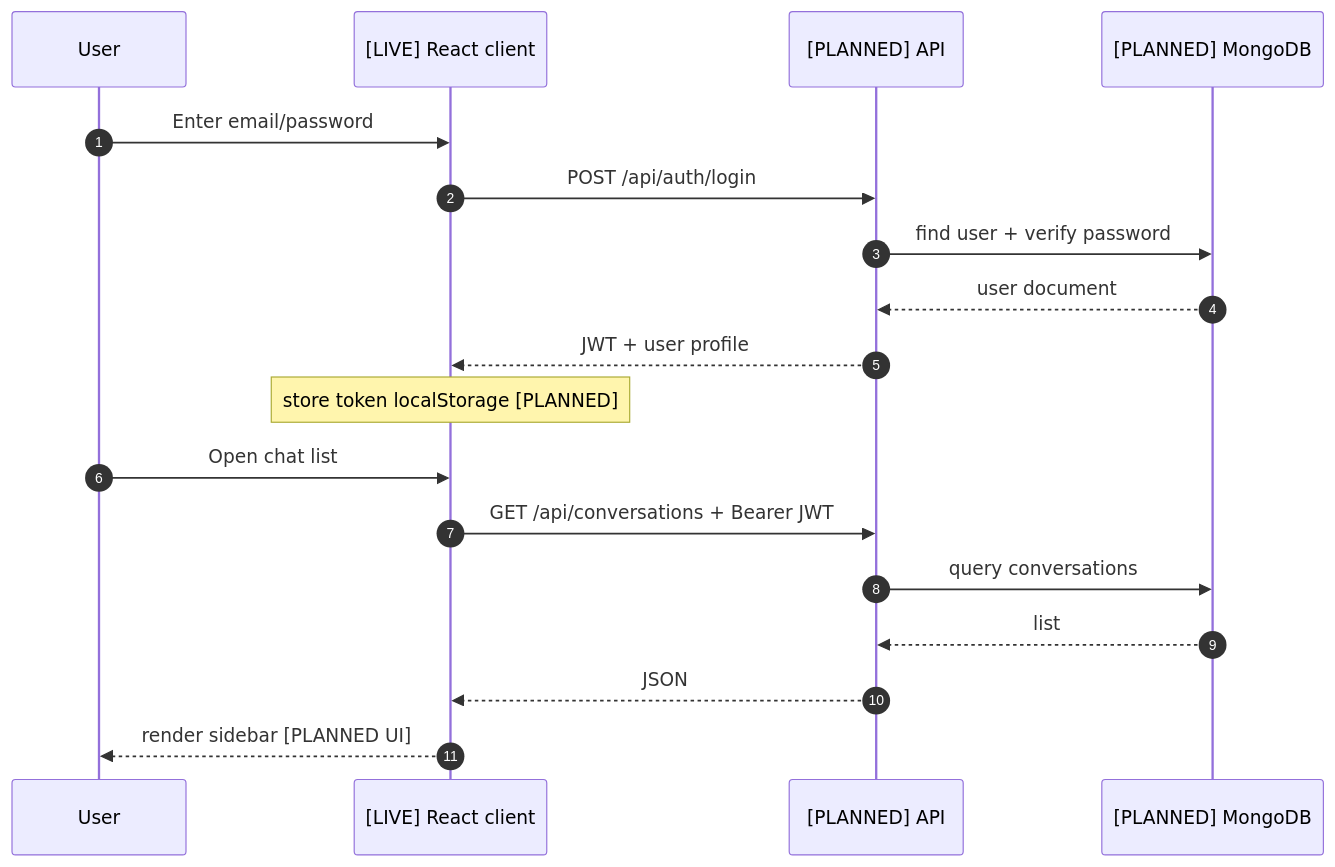
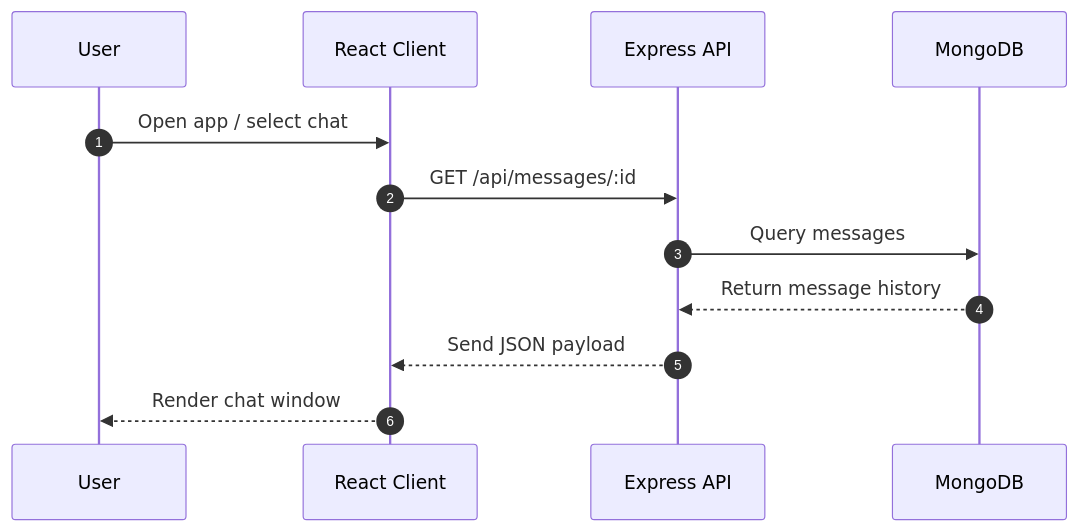
One commit to HxWildE/ChatApp changed the second of 2 diagrams in docs/architecture/system-design.md. Above: the diagram before and after it, drawn with Mermaid. The commit also changed other lines of this file and 7 other files, not shown here.

````diff
--- a/docs/architecture/system-design.md
+++ b/docs/architecture/system-design.md
@@ -109,22 +64,15 @@
 ```mermaid
 sequenceDiagram
     autonumber
     participant U as User
-    participant R as [LIVE] React client
-    participant A as [PLANNED] API
-    participant D as [PLANNED] MongoDB
+    participant C as React Client
+    participant A as Express API
+    participant D as MongoDB
 
-    U->>R: Enter email/password
-    R->>A: POST /api/auth/login
-    A->>D: find user + verify password
-    D-->>A: user document
-    A-->>R: JWT + user profile
-    Note over R: store token localStorage [PLANNED]
-
-    U->>R: Open chat list
-    R->>A: GET /api/conversations + Bearer JWT
-    A->>D: query conversations
-    D-->>A: list
-    A-->>R: JSON
-    R-->>U: render sidebar [PLANNED UI]
+    U->>C: Open app / select chat
+    C->>A: GET /api/messages/:id
+    A->>D: Query messages
+    D-->>A: Return message history
+    A-->>C: Send JSON payload
+    C-->>U: Render chat window
 ```
````
